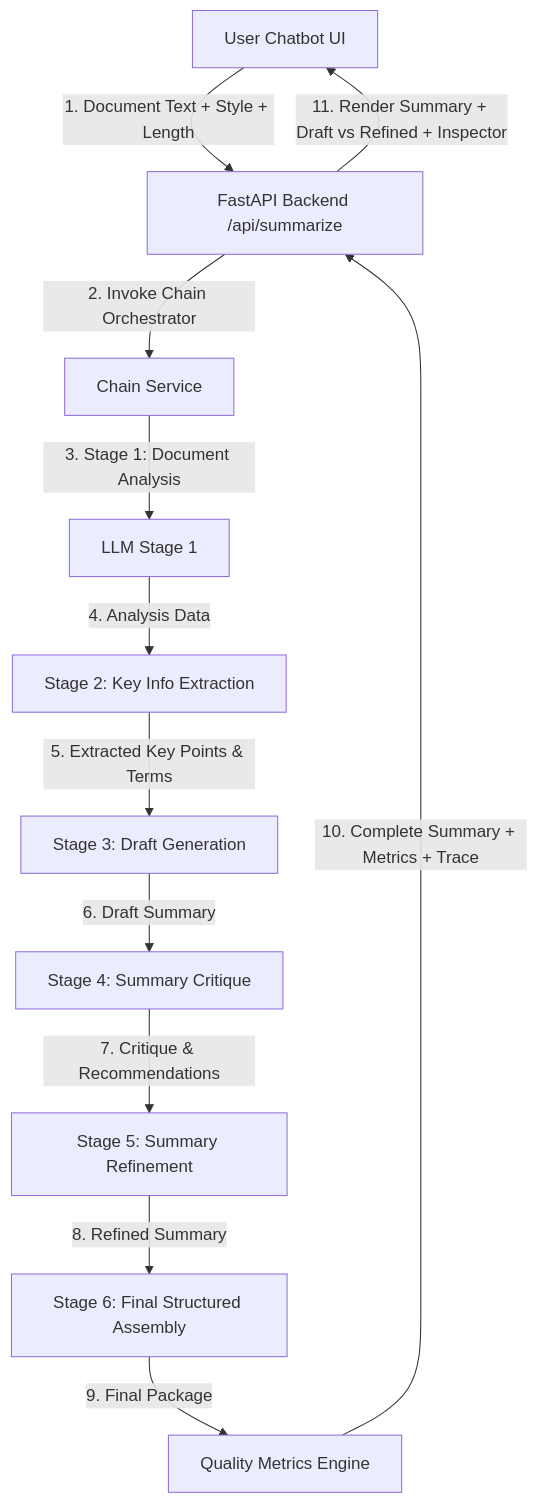
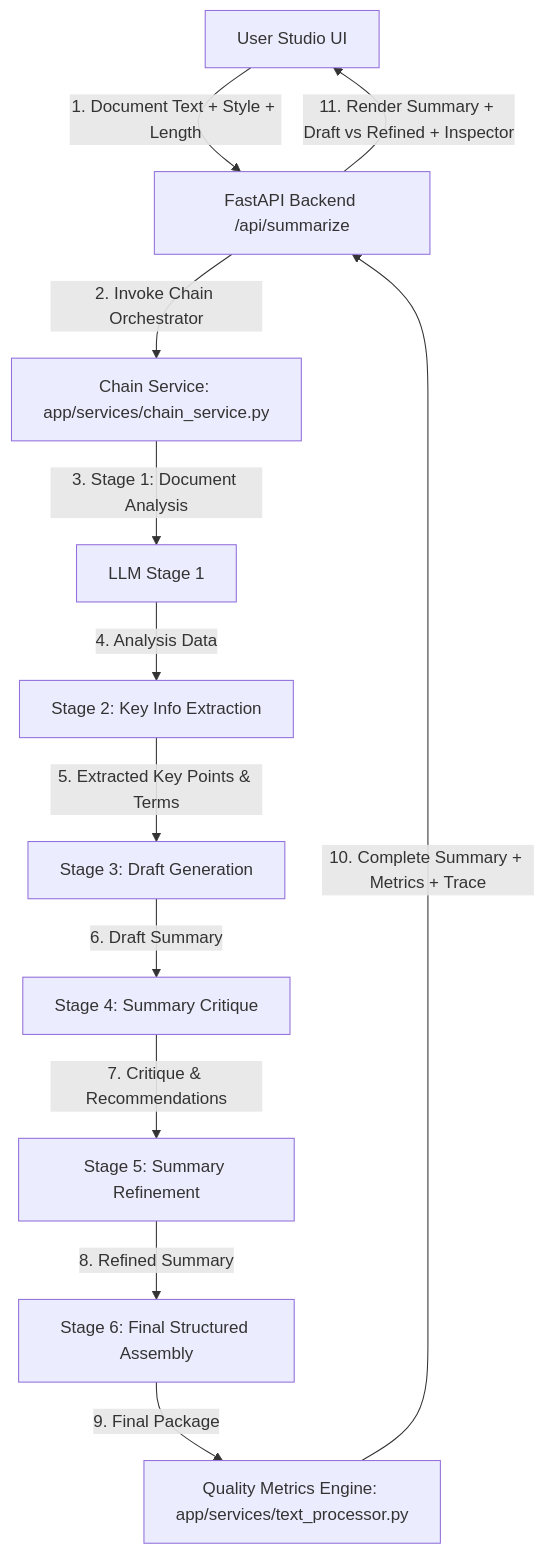
Before and after one commit to Vaishnav53/Applied-Agentic-AI-Lab-Experiments: the fifth of 6 diagrams in AGENTIC_AI_LAB_COMPLETE_GUIDE.md, drawn with Mermaid. The commit also changed other lines of this file and 4 other files, not shown here.

````diff
--- a/AGENTIC_AI_LAB_COMPLETE_GUIDE.md
+++ b/AGENTIC_AI_LAB_COMPLETE_GUIDE.md
@@ -797,14 +875,14 @@
 ```mermaid
 graph TD
-    A[User Chatbot UI] -->|1. Document Text + Style + Length| B[FastAPI Backend /api/summarize]
-    B -->|2. Invoke Chain Orchestrator| C[Chain Service]
+    A[User Studio UI] -->|1. Document Text + Style + Length| B[FastAPI Backend /api/summarize]
+    B -->|2. Invoke Chain Orchestrator| C[Chain Service: app/services/chain_service.py]
     C -->|3. Stage 1: Document Analysis| D[LLM Stage 1]
     D -->|4. Analysis Data| E[Stage 2: Key Info Extraction]
     E -->|5. Extracted Key Points & Terms| F[Stage 3: Draft Generation]
     F -->|6. Draft Summary| G[Stage 4: Summary Critique]
     G -->|7. Critique & Recommendations| H[Stage 5: Summary Refinement]
     H -->|8. Refined Summary| I[Stage 6: Final Structured Assembly]
-    I -->|9. Final Package| J[Quality Metrics Engine]
+    I -->|9. Final Package| J[Quality Metrics Engine: app/services/text_processor.py]
     J -->|10. Complete Summary + Metrics + Trace| B
     B -->|11. Render Summary + Draft vs Refined + Inspector| A
 ```
````
